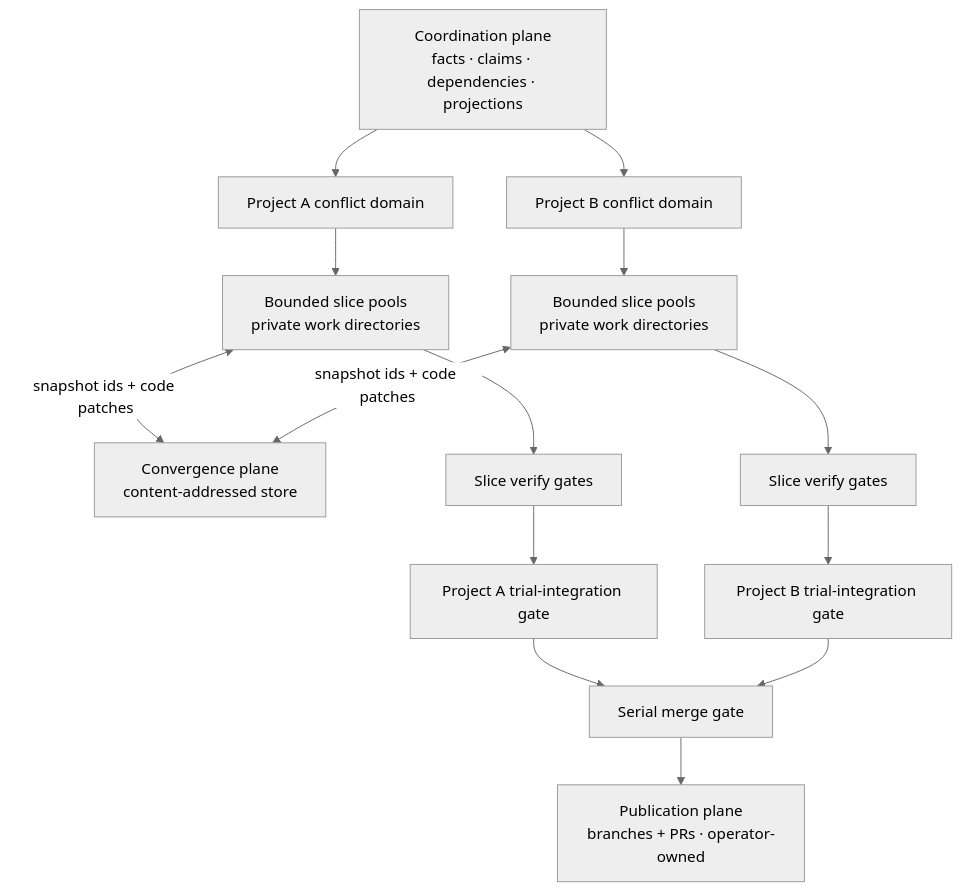
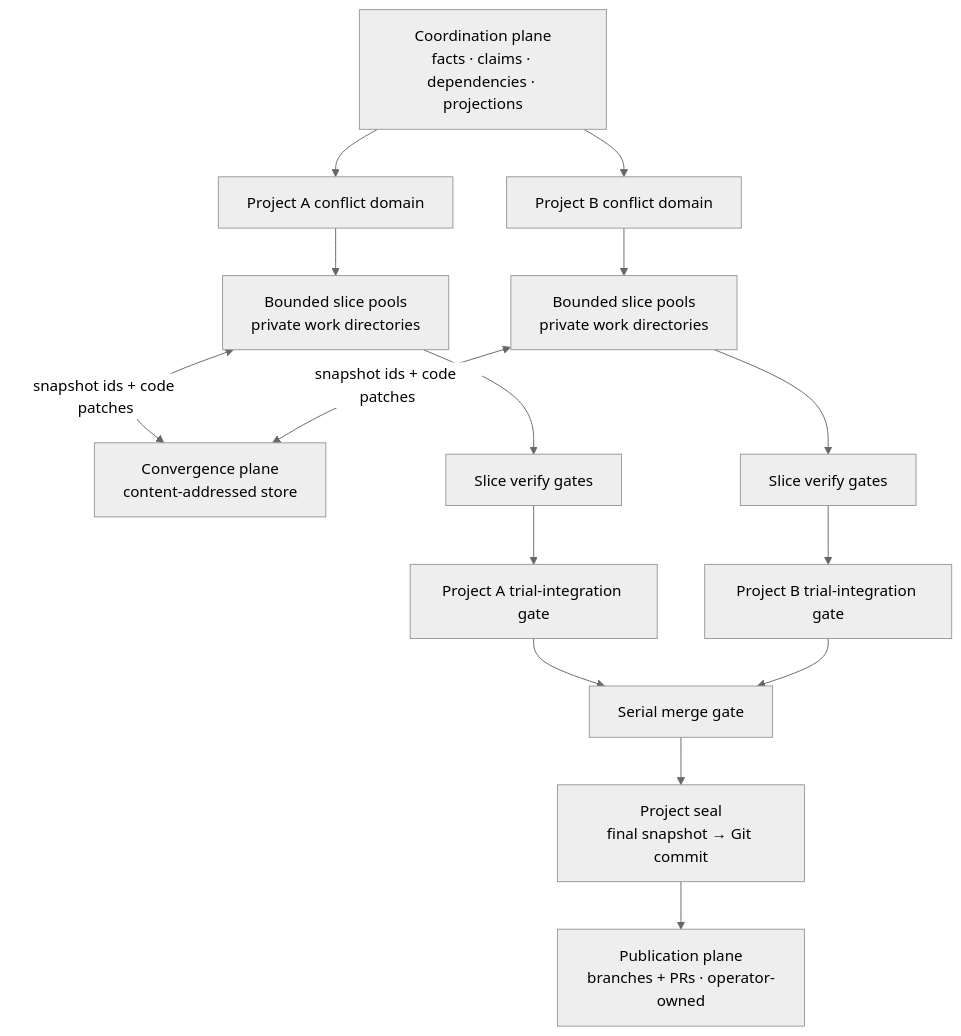
Before and after one commit to augentic/anvil: the diagram in rfcs/platform.md, drawn with Mermaid (neutral theme). The commit also changed other lines of this file and 4 other files, not shown here.

````diff
--- a/rfcs/platform.md
+++ b/rfcs/platform.md
@@ -39,21 +41,22 @@
 ```mermaid
 flowchart TB
     C["Coordination plane<br/>facts · claims · dependencies · projections"]
     C --> PA["Project A conflict domain"]
     C --> PB["Project B conflict domain"]
 
     PA --> WA["Bounded slice pools<br/>private work directories"]
     PB --> WB["Bounded slice pools<br/>private work directories"]
 
     WA <-->|snapshot ids + code patches| V["Convergence plane<br/>content-addressed store"]
     WB <-->|snapshot ids + code patches| V
 
     WA --> VA["Slice verify gates"]
     WB --> VB["Slice verify gates"]
     VA --> TA["Project A trial-integration gate"]
     VB --> TB["Project B trial-integration gate"]
 
     TA --> M["Serial merge gate"]
     TB --> M
-    M --> P["Publication plane<br/>branches + PRs · operator-owned"]
+    M --> S["Project seal<br/>final snapshot → Git commit"]
+    S --> P["Publication plane<br/>branches + PRs · operator-owned"]
 ```
````
